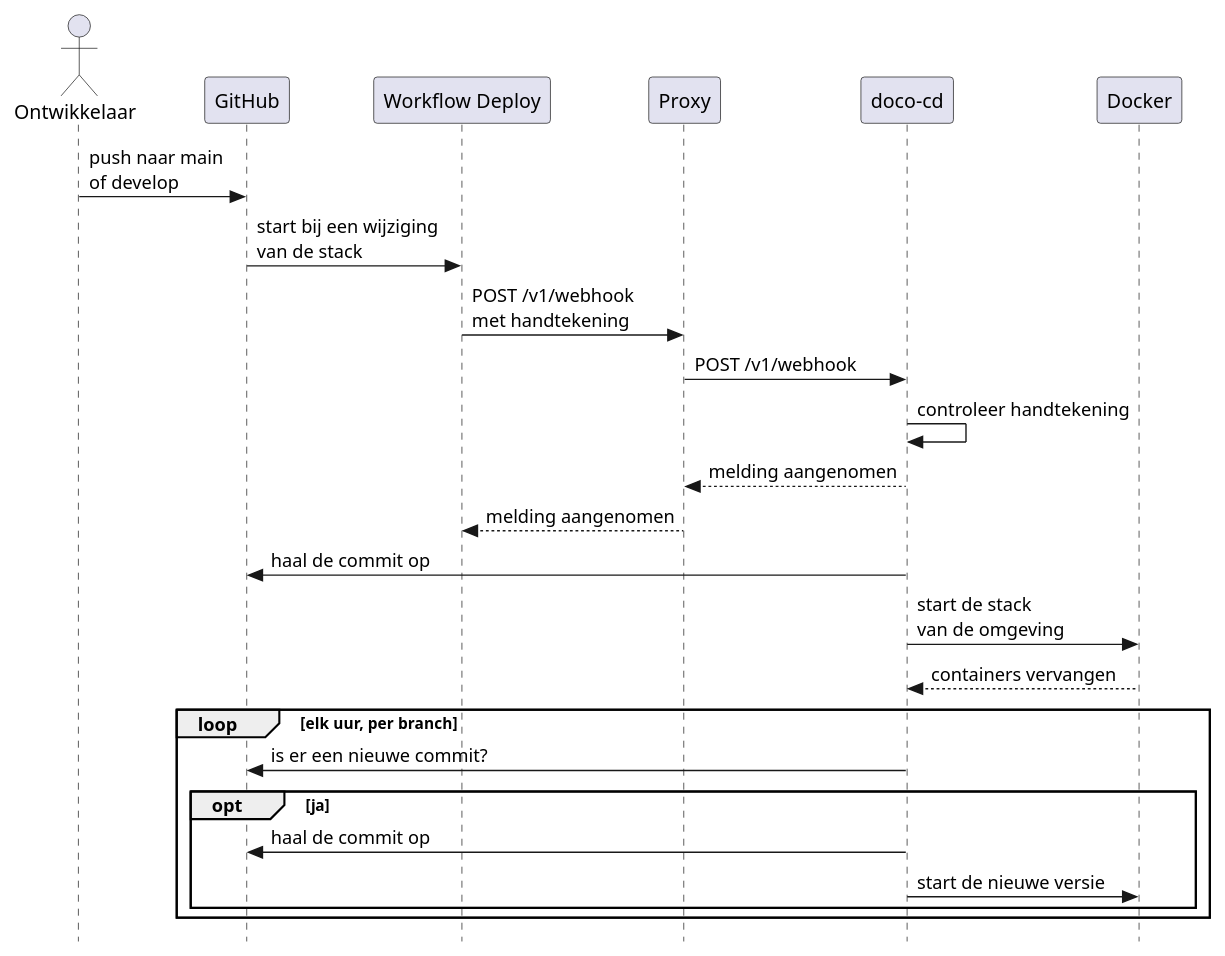
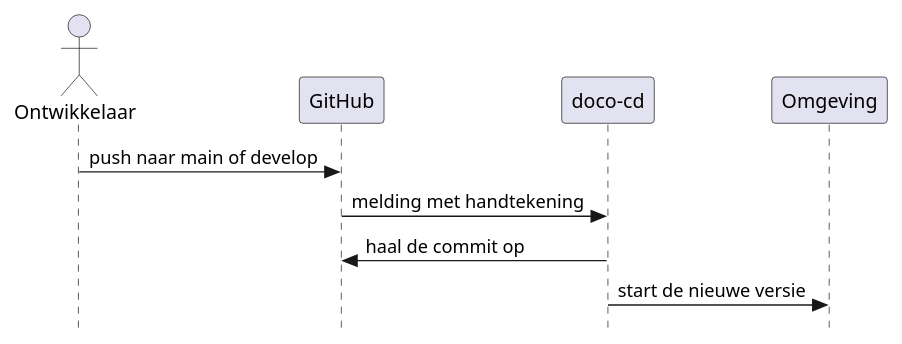
Before and after one commit to HAN-Craftsmanship-KL-JJG/casus: the diagram in docs/diagrams/uitrol-sequence.puml, drawn with PlantUML. The commit also changed 4 other files, not shown here.

First line of the commit message:
docs: simplify the deployment diagrams

```diff
--- a/docs/diagrams/uitrol-sequence.puml
+++ b/docs/diagrams/uitrol-sequence.puml
@@ -1,33 +1,17 @@
 @startuml uitrol-sequence
 ' Sequence diagram van een uitrol: van een push tot de nieuwe versie. Toelichting: docs/uitrol.md
-' De branch bepaalt de omgeving: main is productie, develop is ontwikkeling.
+' Vereenvoudigd: de workflow, de proxy en de controle per uur staan in de tekst.
 skinparam style strictuml
 skinparam shadowing false
 skinparam defaultFontName Helvetica
 
 actor Ontwikkelaar as dev
 participant GitHub as github
-participant "Workflow Deploy" as workflow
-participant Proxy as proxy
 participant "doco-cd" as dococd
-participant Docker as docker
+participant Omgeving as env
 
-dev -> github : push naar main\nof develop
-github -> workflow : start bij een wijziging\nvan de stack
-workflow -> proxy : POST /v1/webhook\nmet handtekening
-proxy -> dococd : POST /v1/webhook
-dococd -> dococd : controleer handtekening
-dococd --> proxy : melding aangenomen
-proxy --> workflow : melding aangenomen
+dev -> github : push naar main of develop
+github -> dococd : melding met handtekening
 dococd -> github : haal de commit op
-dococd -> docker : start de stack\nvan de omgeving
-docker --> dococd : containers vervangen
-
-loop elk uur, per branch
-  dococd -> github : is er een nieuwe commit?
-  opt ja
-    dococd -> github : haal de commit op
-    dococd -> docker : start de nieuwe versie
-  end
-end
+dococd -> env : start de nieuwe versie
 @enduml
```
